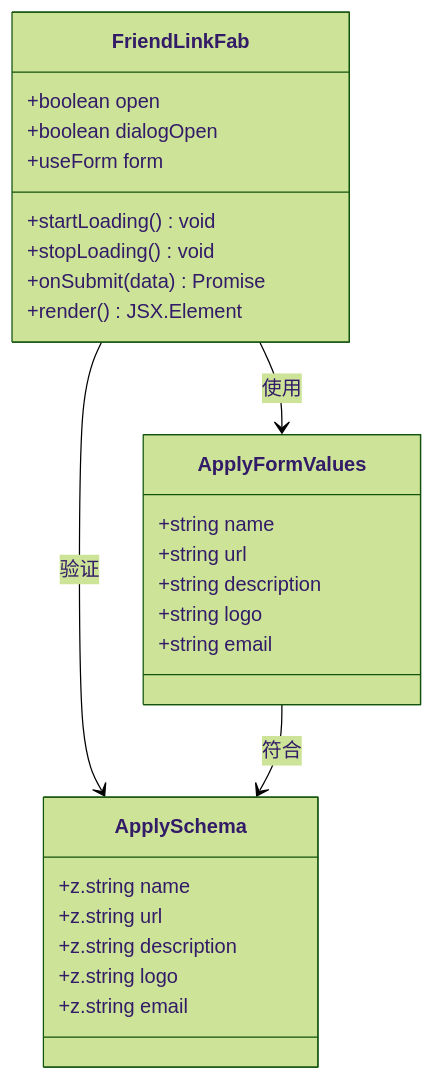
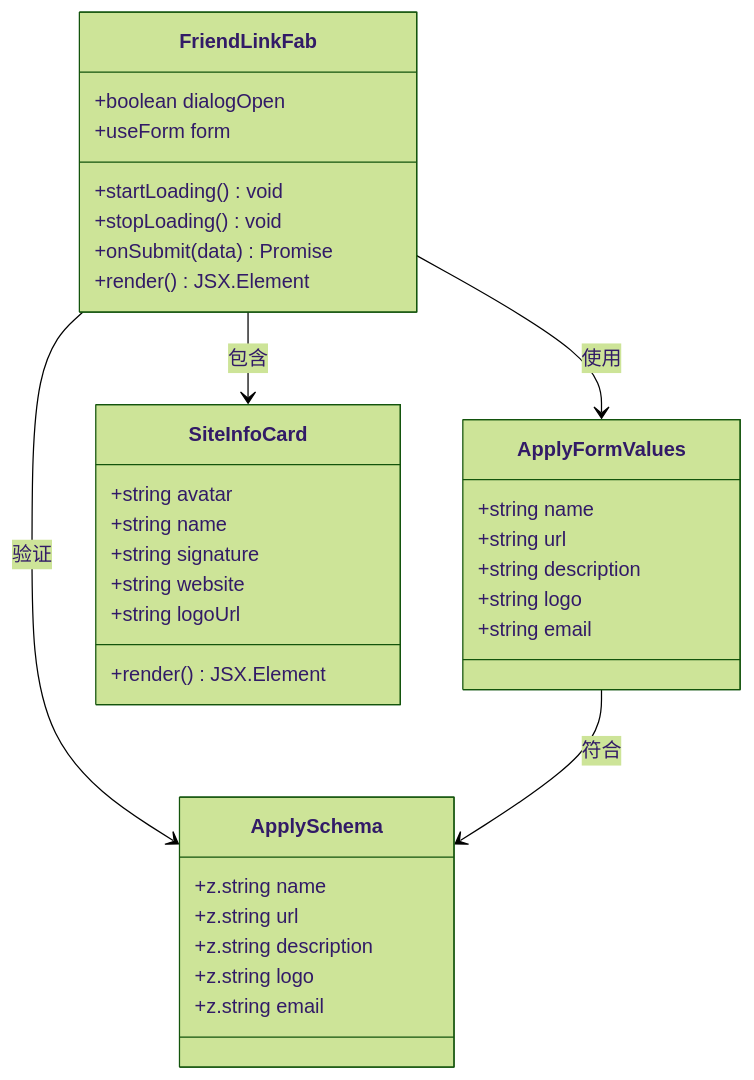
The fourth of 8 diagrams in .qoder/repowiki/zh/content/友链管理系统/友链申请流程.md (Mr-Groundhog/ground_hog), drawn with Mermaid (forest theme) before and after one commit. The commit also changed other lines of this file and 7 other files, not shown here.

````diff
--- a/.qoder/repowiki/zh/content/友链管理系统/友链申请流程.md
+++ b/.qoder/repowiki/zh/content/友链管理系统/友链申请流程.md
@@ -153,29 +165,37 @@
 ```mermaid
 classDiagram
 class FriendLinkFab {
-+boolean open
 +boolean dialogOpen
 +useForm form
 +startLoading() void
 +stopLoading() void
 +onSubmit(data) Promise
 +render() JSX.Element
 }
 class ApplyFormValues {
 +string name
 +string url
 +string description
 +string logo
 +string email
 }
 class ApplySchema {
 +z.string name
 +z.string url
 +z.string description
 +z.string logo
 +z.string email
 }
+class SiteInfoCard {
++string avatar
++string name
++string signature
++string website
++string logoUrl
++render() JSX.Element
+}
 FriendLinkFab --> ApplyFormValues : 使用
 FriendLinkFab --> ApplySchema : 验证
+FriendLinkFab --> SiteInfoCard : 包含
 ApplyFormValues --> ApplySchema : 符合
 ```
````
